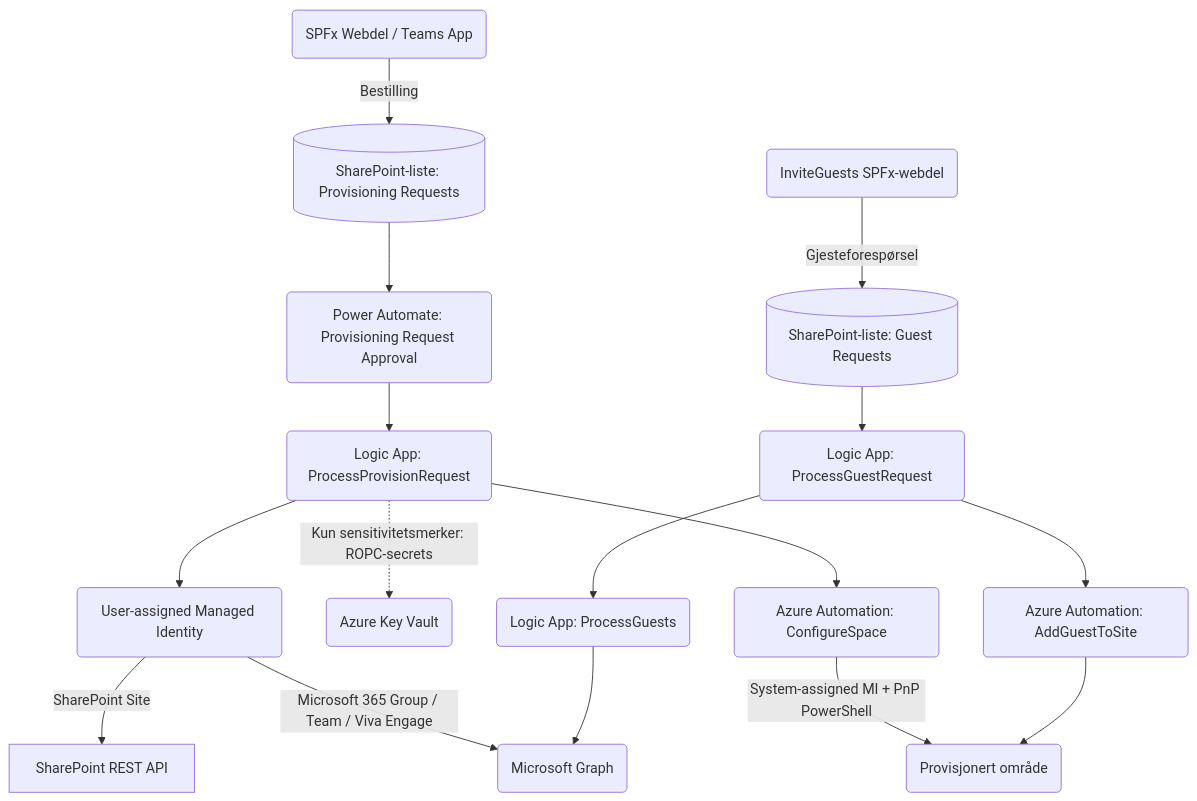
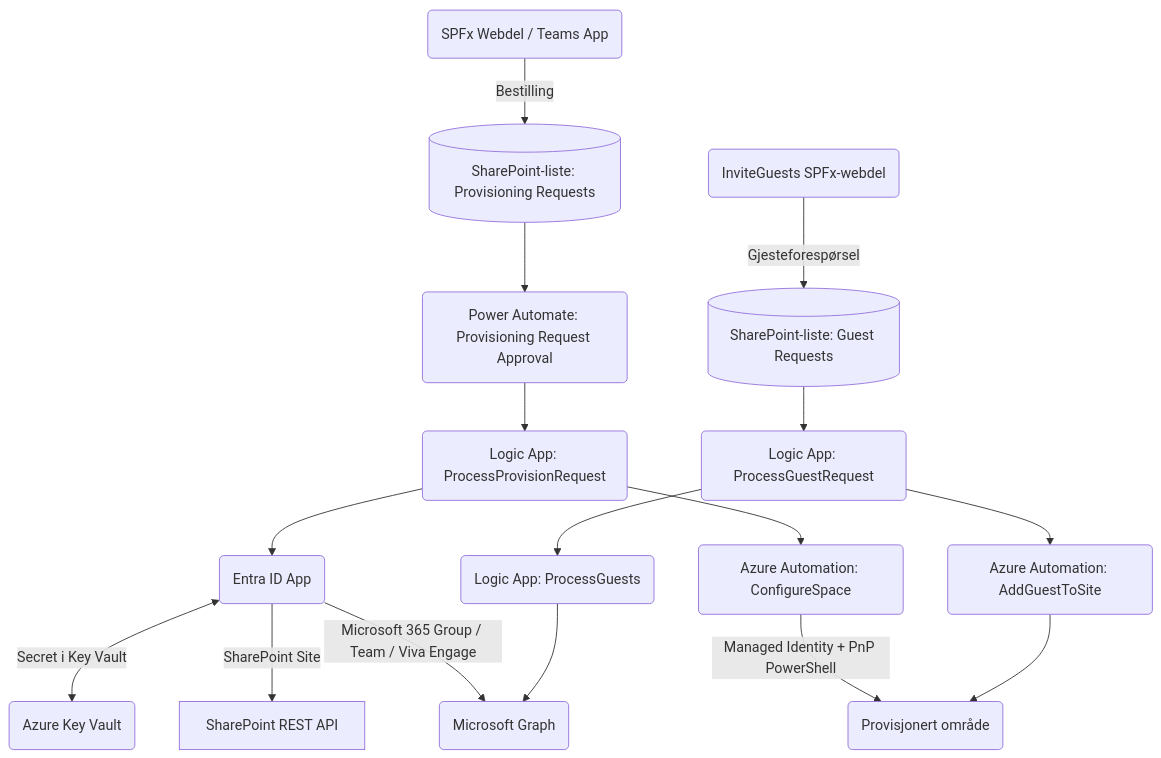
One commit to Puzzlepart/bestillingsportalen changed the diagram in Teknisk-losningsbeskrivelse.md. Above: the diagram before and after it, drawn with Mermaid. The commit also changed other lines of this file, not shown here.

First line of the commit message:
Fjern managed identity-innhold fra løsningsbeskrivelsen

````diff
--- a/Teknisk-losningsbeskrivelse.md
+++ b/Teknisk-losningsbeskrivelse.md
@@ -15,15 +13,15 @@
 ``` mermaid
 graph TD
     A(SPFx Webdel / Teams App) --> |Bestilling| B[(SharePoint-liste: Provisioning Requests)]
     B --> C(Power Automate: Provisioning Request Approval)
     C --> D(Logic App: ProcessProvisionRequest)
-    D --> E(User-assigned Managed Identity)
-    D -.-> |Kun sensitivitetsmerker: ROPC-secrets| F(Azure Key Vault)
+    D --> E(Entra ID App)
+    E <--> |Secret i Key Vault| F(Azure Key Vault)
     E --> |SharePoint Site| H[SharePoint REST API]
     E --> |Microsoft 365 Group / Team / Viva Engage| I(Microsoft Graph)
     D --> K(Azure Automation: ConfigureSpace)
-    K --> |System-assigned MI + PnP PowerShell| M(Provisjonert område)
+    K --> |Managed Identity + PnP PowerShell| M(Provisjonert område)
     N(InviteGuests SPFx-webdel) --> |Gjesteforespørsel| O[(SharePoint-liste: Guest Requests)]
     O --> P(Logic App: ProcessGuestRequest) --> Q(Logic App: ProcessGuests) --> I
     P --> R(Azure Automation: AddGuestToSite) --> M
 ```
````
